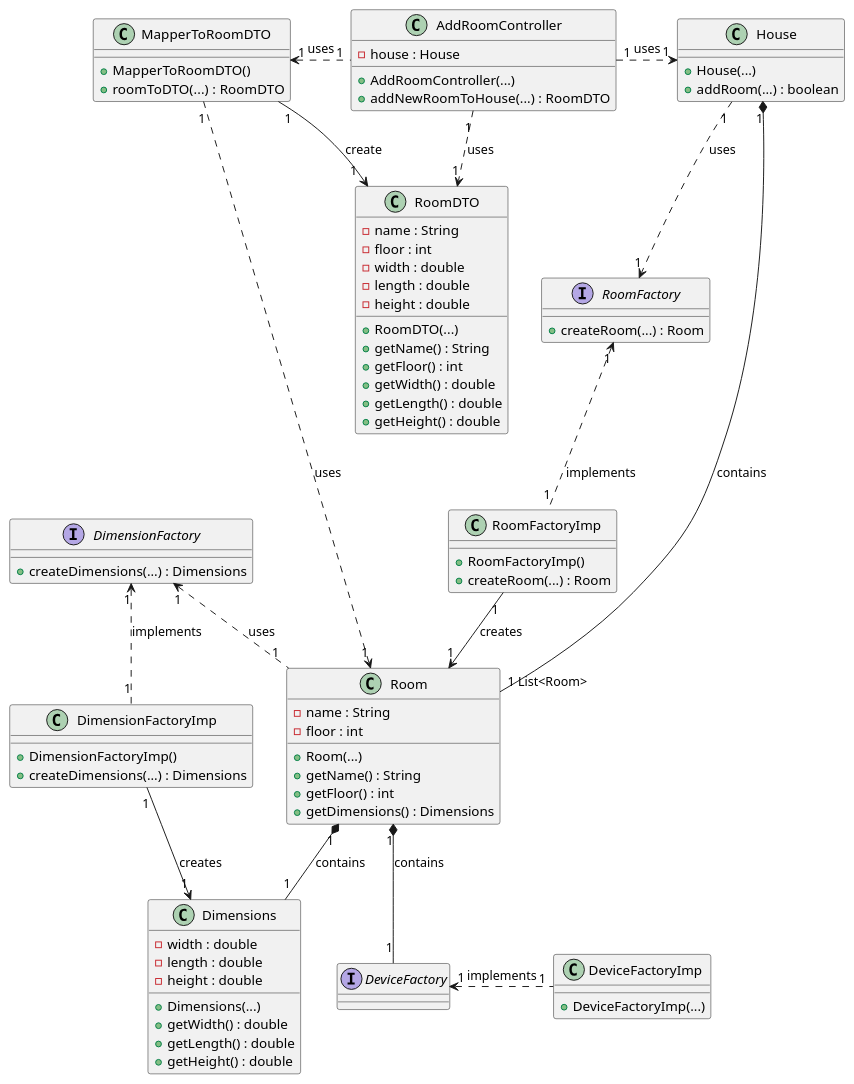
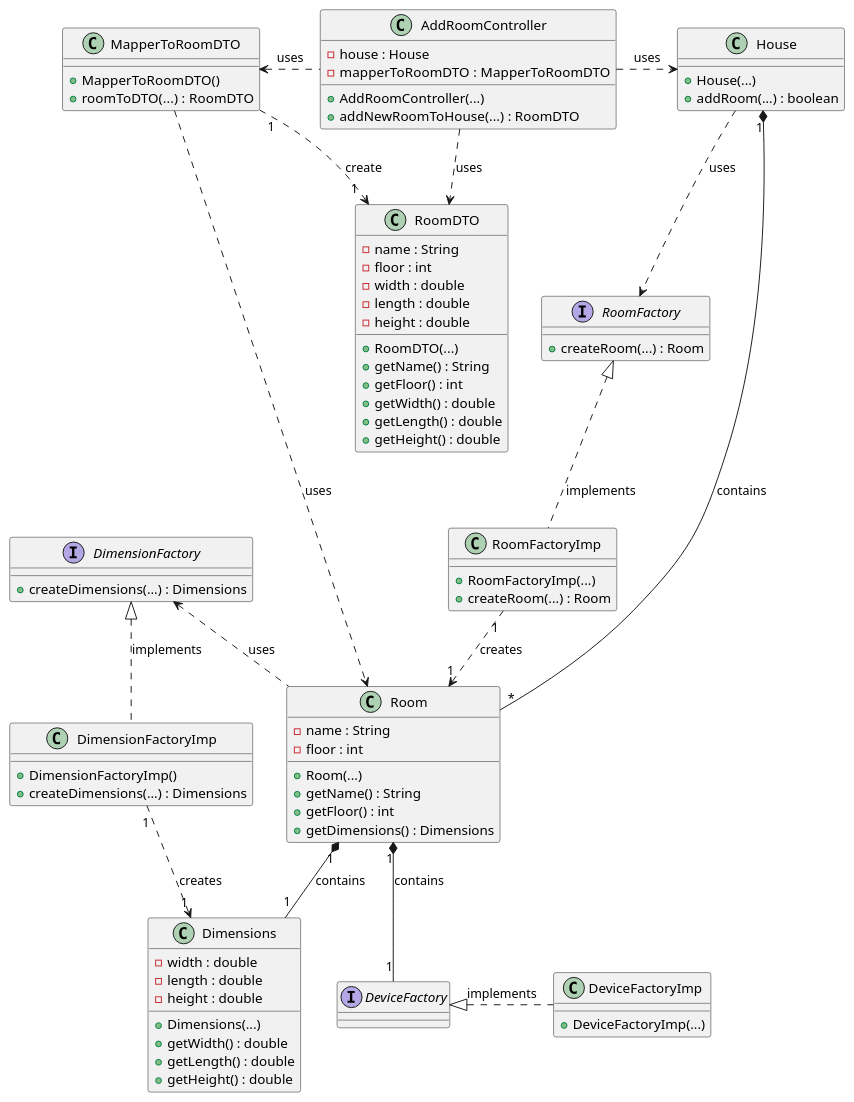
One commit to ozepedrorodrigues/projetoIntermedio changed the diagram in projetoIntermedio/docs/class/useCase/AddRoomController/AddRoomController.puml. Above: the diagram before and after it, drawn with PlantUML. The commit also changed 1 other file, not shown here.

Commit message:
UC02 - updated UseCase e ClassDiagram

```diff
--- a/projetoIntermedio/docs/class/useCase/AddRoomController/AddRoomController.puml
+++ b/projetoIntermedio/docs/class/useCase/AddRoomController/AddRoomController.puml
@@ -1,95 +1,96 @@
 @startuml
 class AddRoomController {
   - house : House
+  - mapperToRoomDTO : MapperToRoomDTO
   + AddRoomController(...)
   + addNewRoomToHouse(...) : RoomDTO
 }
 
 class MapperToRoomDTO {
   + MapperToRoomDTO()
   + roomToDTO(...) : RoomDTO
 }
 
 class RoomFactoryImp {
-  + RoomFactoryImp()
+  + RoomFactoryImp(...)
   + createRoom(...) : Room
 }
 
 class DimensionFactoryImp {
   + DimensionFactoryImp()
   + createDimensions(...) : Dimensions
 }
 
 interface RoomFactory {
   + createRoom(...) : Room
 }
 interface DimensionFactory {
   + createDimensions(...) : Dimensions
 }
 interface DeviceFactory {
 }
 
 class DeviceFactoryImp {
   + DeviceFactoryImp(...)
 }
 
 
 class House {
   + House(...)
   + addRoom(...) : boolean
 }
 
 class Room {
   - name : String
   - floor : int
   + Room(...)
   + getName() : String
   + getFloor() : int
   + getDimensions() : Dimensions
 }
 
 class Dimensions {
   - width : double
   - length : double
   - height : double
 
   + Dimensions(...)
   + getWidth() : double
   + getLength() : double
   + getHeight() : double
 }
 
 class RoomDTO {
   - name : String
   - floor : int
   - width : double
   - length : double
   - height : double
 
   + RoomDTO(...)
   + getName() : String
   + getFloor() : int
   + getWidth() : double
   + getLength() : double
   + getHeight() : double
 }
 
-AddRoomController "1" .left.> "1" MapperToRoomDTO : uses
-MapperToRoomDTO "1" --> "1  " RoomDTO : create
-MapperToRoomDTO "1" ..> "1" Room : uses
-RoomFactory "1" <.. "1" RoomFactoryImp : implements
+AddRoomController .left.> MapperToRoomDTO : uses
+MapperToRoomDTO "1" ..> "1  " RoomDTO : create
+MapperToRoomDTO ..> Room : uses
+RoomFactory <|.. RoomFactoryImp : implements
 Room "1" *-- "1" Dimensions : contains
 Room "1" *-- "1" DeviceFactory: contains
-RoomFactoryImp "1" --> "1" Room : creates
+RoomFactoryImp "1" ..> "1" Room : creates
 
-House "1" *--"1 List<Room>" Room : contains
-AddRoomController "1" .right.> "1" House : uses
-AddRoomController "1" ..> "1" RoomDTO : uses
-Room "1".left.>"1" DimensionFactory : uses
-DimensionFactory "1" <.. "1" DimensionFactoryImp : implements
-DimensionFactoryImp "1" --> "1" Dimensions : creates
-House "1"..>"1" RoomFactory : uses
-DeviceFactory "1" <.right. "1" DeviceFactoryImp : implements
+House "1" *--"*" Room : contains
+AddRoomController .right.> House : uses
+AddRoomController ..> RoomDTO : uses
+Room .left.> DimensionFactory : uses
+DimensionFactory <|.. DimensionFactoryImp : implements
+DimensionFactoryImp "1" ..> "1" Dimensions : creates
+House ..> RoomFactory : uses
+DeviceFactory <|.right. DeviceFactoryImp : implements
 
 
 @enduml
```
